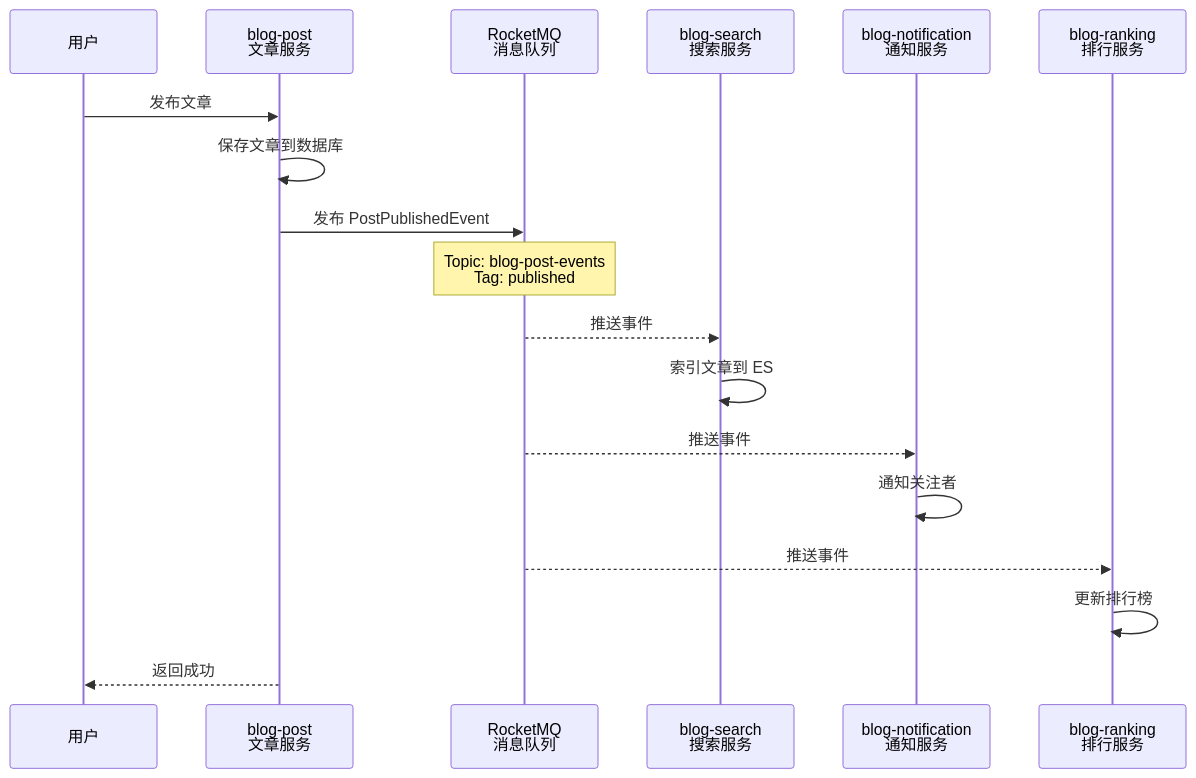
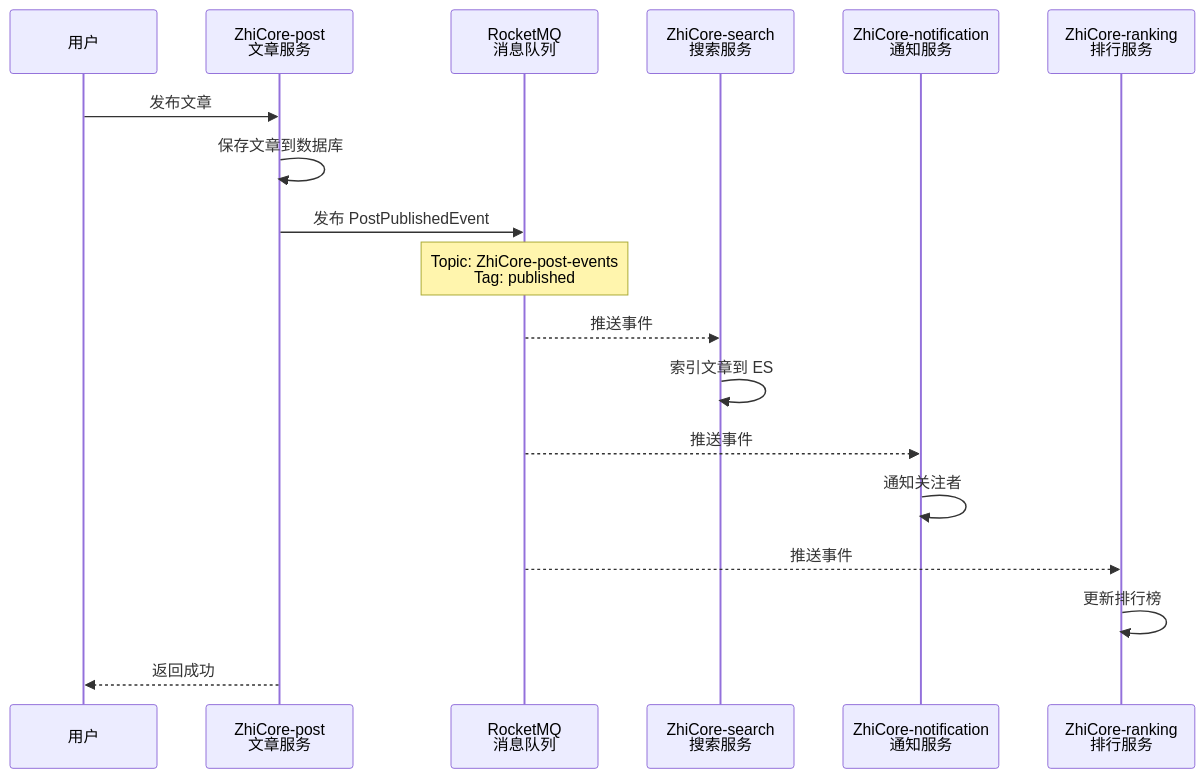
Before and after one commit to architectcgz/zhicore: the second of 2 diagrams in docs/architecture/04-service-communication.md, drawn with Mermaid. The commit also changed other lines of this file and 1789 other files, not shown here.

````diff
--- a/docs/architecture/04-service-communication.md
+++ b/docs/architecture/04-service-communication.md
@@ -698,25 +698,25 @@
 ```mermaid
 sequenceDiagram
     participant User as 用户
-    participant PostService as blog-post<br/>文章服务
+    participant PostService as ZhiCore-post<br/>文章服务
     participant RocketMQ as RocketMQ<br/>消息队列
-    participant SearchService as blog-search<br/>搜索服务
-    participant NotificationService as blog-notification<br/>通知服务
-    participant RankingService as blog-ranking<br/>排行服务
+    participant SearchService as ZhiCore-search<br/>搜索服务
+    participant NotificationService as ZhiCore-notification<br/>通知服务
+    participant RankingService as ZhiCore-ranking<br/>排行服务
 
     User->>PostService: 发布文章
     PostService->>PostService: 保存文章到数据库
     PostService->>RocketMQ: 发布 PostPublishedEvent
-    Note over RocketMQ: Topic: blog-post-events<br/>Tag: published
+    Note over RocketMQ: Topic: ZhiCore-post-events<br/>Tag: published
     
     RocketMQ-->>SearchService: 推送事件
     SearchService->>SearchService: 索引文章到 ES
     
     RocketMQ-->>NotificationService: 推送事件
     NotificationService->>NotificationService: 通知关注者
     
     RocketMQ-->>RankingService: 推送事件
     RankingService->>RankingService: 更新排行榜
     
     PostService-->>User: 返回成功
 ```
````
